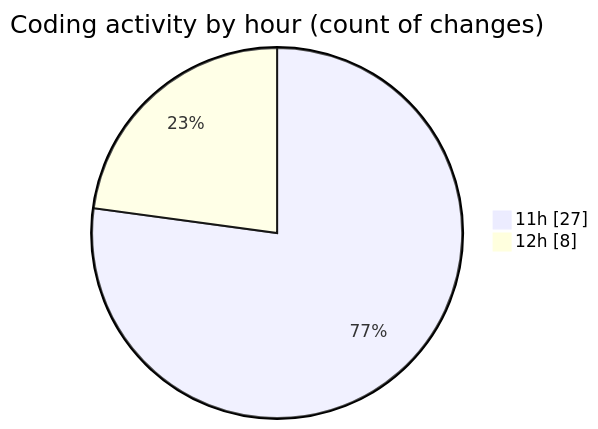
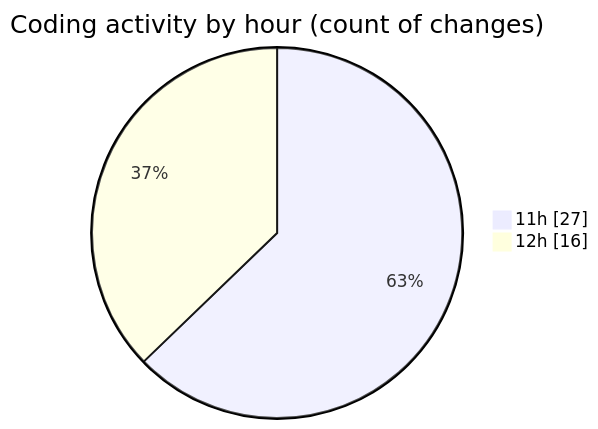
Before and after one commit to MatusMokan/code-tracking: the second of 2 diagrams in 2025-04-18/myws__workspace_/README.md, drawn with Mermaid. The commit also changed other lines of this file and 1 other file, not shown here.

````diff
--- a/2025-04-18/myws__workspace_/README.md
+++ b/2025-04-18/myws__workspace_/README.md
@@ -28,6 +28,6 @@
 ```mermaid
 pie showData
 title Coding activity by hour (count of changes)
 "11h" : 27
-"12h" : 8
+"12h" : 16
 ```
````
